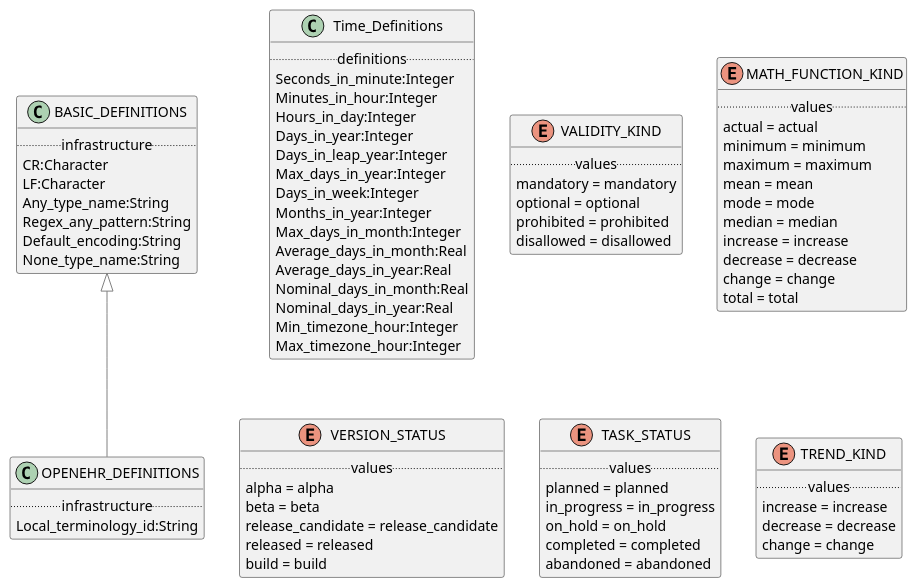
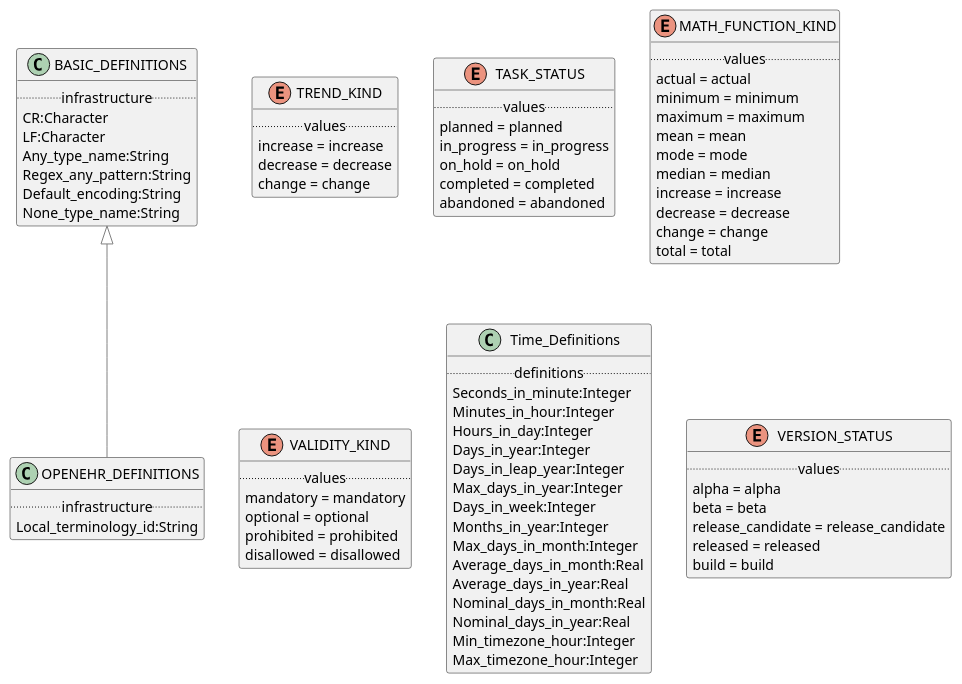
The diagram in modules/ROOT/examples/bmm/representation/definitions/definitions-package-uml.adoc (wolandscat/openehr-doc), drawn with PlantUML before and after one commit. The commit also changed other lines of this file and 293 other files, not shown here.

Commit message:
Regen with tweaks to UML output and correct metatypes for nested generics.

```diff
--- a/modules/ROOT/examples/bmm/representation/definitions/definitions-package-uml.adoc
+++ b/modules/ROOT/examples/bmm/representation/definitions/definitions-package-uml.adoc
@@ -5,6 +5,63 @@
 skinparam groupInheritance 2
 skinparam citedClassColor #FDFDFD
 
+
+class BASIC_DEFINITIONS [[/openehr-doc/latest/representation/definitions-gen.html#_class_basic_definitions]] {
+        .. infrastructure ..
+        CR:Character
+        LF:Character
+        Any_type_name:String
+        Regex_any_pattern:String
+        Default_encoding:String
+        None_type_name:String
+}
+
+
+enum TREND_KIND [[/openehr-doc/latest/representation/definitions-gen.html#_class_trend_kind]] {
+        .. values ..
+        increase = increase
+        decrease = decrease
+        change = change
+}
+
+enum TASK_STATUS [[/openehr-doc/latest/representation/definitions-gen.html#_class_task_status]] {
+        .. values ..
+        planned = planned
+        in_progress = in_progress
+        on_hold = on_hold
+        completed = completed
+        abandoned = abandoned
+}
+
+enum MATH_FUNCTION_KIND [[/openehr-doc/latest/representation/definitions-gen.html#_class_math_function_kind]] {
+        .. values ..
+        actual = actual
+        minimum = minimum
+        maximum = maximum
+        mean = mean
+        mode = mode
+        median = median
+        increase = increase
+        decrease = decrease
+        change = change
+        total = total
+}
+
+class OPENEHR_DEFINITIONS [[/openehr-doc/latest/representation/definitions-gen.html#_class_openehr_definitions]] {
+        .. infrastructure ..
+        Local_terminology_id:String
+}
+
+OPENEHR_DEFINITIONS -[#gray]up-|> BASIC_DEFINITIONS  
+
+
+enum VALIDITY_KIND [[/openehr-doc/latest/representation/definitions-gen.html#_class_validity_kind]] {
+        .. values ..
+        mandatory = mandatory
+        optional = optional
+        prohibited = prohibited
+        disallowed = disallowed
+}
 
 class Time_Definitions [[/openehr-doc/latest/representation/definitions-gen.html#_class_time_definitions]] {
         .. definitions ..
@@ -26,39 +83,6 @@
 }
 
 
-class BASIC_DEFINITIONS [[/openehr-doc/latest/representation/definitions-gen.html#_class_basic_definitions]] {
-        .. infrastructure ..
-        CR:Character
-        LF:Character
-        Any_type_name:String
-        Regex_any_pattern:String
-        Default_encoding:String
-        None_type_name:String
-}
-
-
-enum VALIDITY_KIND [[/openehr-doc/latest/representation/definitions-gen.html#_class_validity_kind]] {
-        .. values ..
-        mandatory = mandatory
-        optional = optional
-        prohibited = prohibited
-        disallowed = disallowed
-}
-
-enum MATH_FUNCTION_KIND [[/openehr-doc/latest/representation/definitions-gen.html#_class_math_function_kind]] {
-        .. values ..
-        actual = actual
-        minimum = minimum
-        maximum = maximum
-        mean = mean
-        mode = mode
-        median = median
-        increase = increase
-        decrease = decrease
-        change = change
-        total = total
-}
-
 enum VERSION_STATUS [[/openehr-doc/latest/representation/definitions-gen.html#_class_version_status]] {
         .. values ..
         alpha = alpha
@@ -68,28 +92,4 @@
         build = build
 }
 
-enum TASK_STATUS [[/openehr-doc/latest/representation/definitions-gen.html#_class_task_status]] {
-        .. values ..
-        planned = planned
-        in_progress = in_progress
-        on_hold = on_hold
-        completed = completed
-        abandoned = abandoned
-}
-
-class OPENEHR_DEFINITIONS [[/openehr-doc/latest/representation/definitions-gen.html#_class_openehr_definitions]] {
-        .. infrastructure ..
-        Local_terminology_id:String
-}
-
-OPENEHR_DEFINITIONS -[#gray]up-|> BASIC_DEFINITIONS  
-
-
-enum TREND_KIND [[/openehr-doc/latest/representation/definitions-gen.html#_class_trend_kind]] {
-        .. values ..
-        increase = increase
-        decrease = decrease
-        change = change
-}
-
 ....
```
